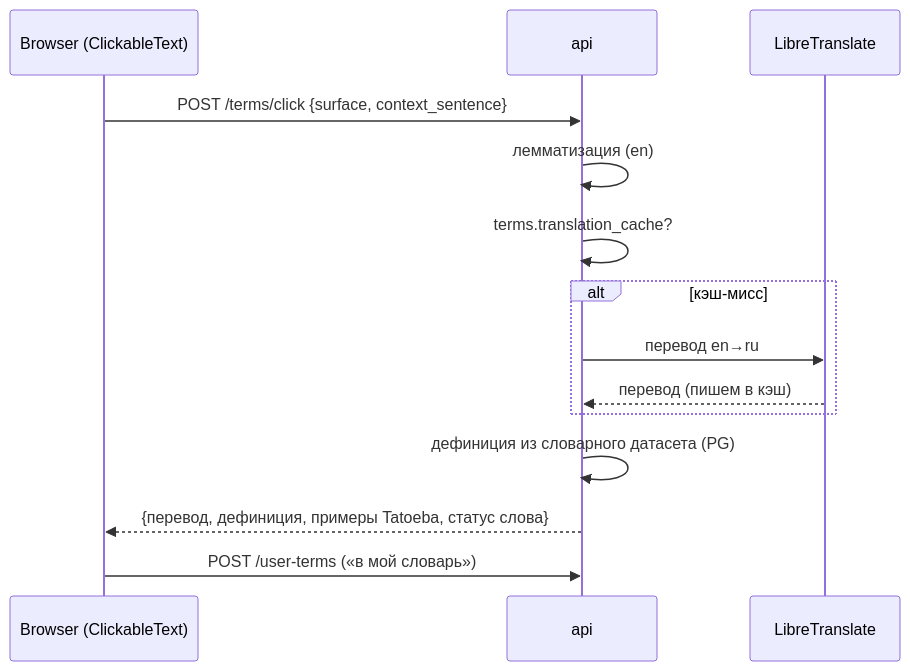
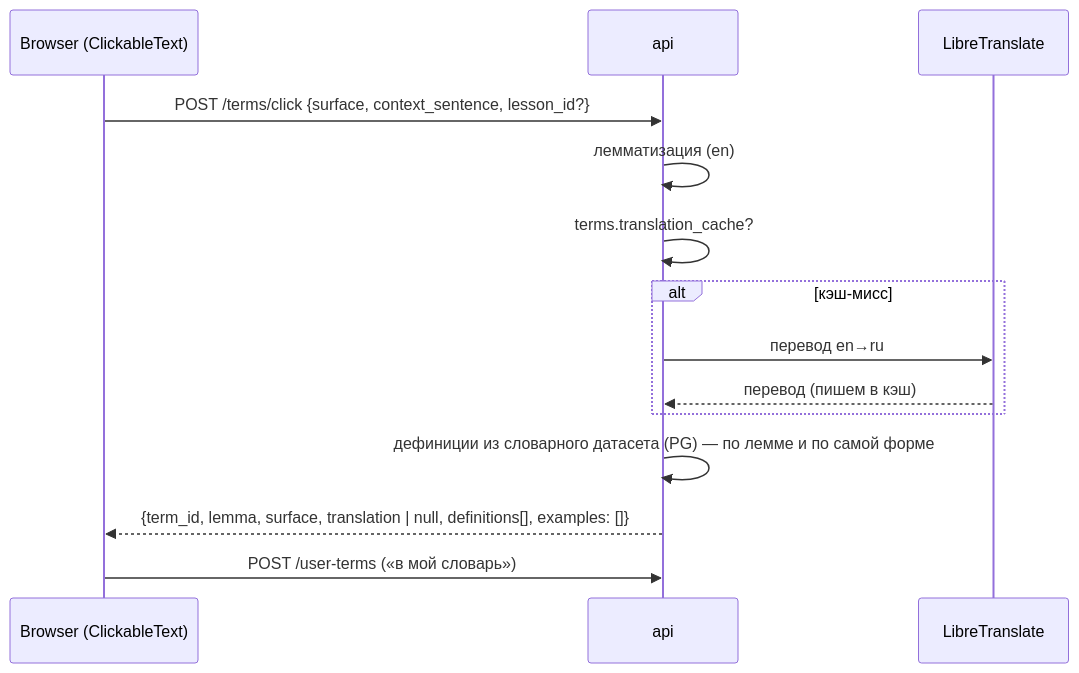
One commit to IEZhu/class changed the diagram in docs/architecture/flows/word-click.md. Above: the diagram before and after it, drawn with Mermaid. The commit also changed other lines of this file and 8 other files, not shown here.

````diff
--- a/docs/architecture/flows/word-click.md
+++ b/docs/architecture/flows/word-click.md
@@ -9,16 +9,16 @@
 ```mermaid
 sequenceDiagram
     participant B as Browser (ClickableText)
     participant A as api
     participant LT as LibreTranslate
-    B->>A: POST /terms/click {surface, context_sentence}
+    B->>A: POST /terms/click {surface, context_sentence, lesson_id?}
     A->>A: лемматизация (en)
     A->>A: terms.translation_cache?
     alt кэш-мисс
         A->>LT: перевод en→ru
         LT-->>A: перевод (пишем в кэш)
     end
-    A->>A: дефиниция из словарного датасета (PG)
-    A-->>B: {перевод, дефиниция, примеры Tatoeba, статус слова}
+    A->>A: дефиниции из словарного датасета (PG) — по лемме и по самой форме
+    A-->>B: {term_id, lemma, surface, translation | null, definitions[], examples: []}
     B->>A: POST /user-terms («в мой словарь»)
 ```
````
